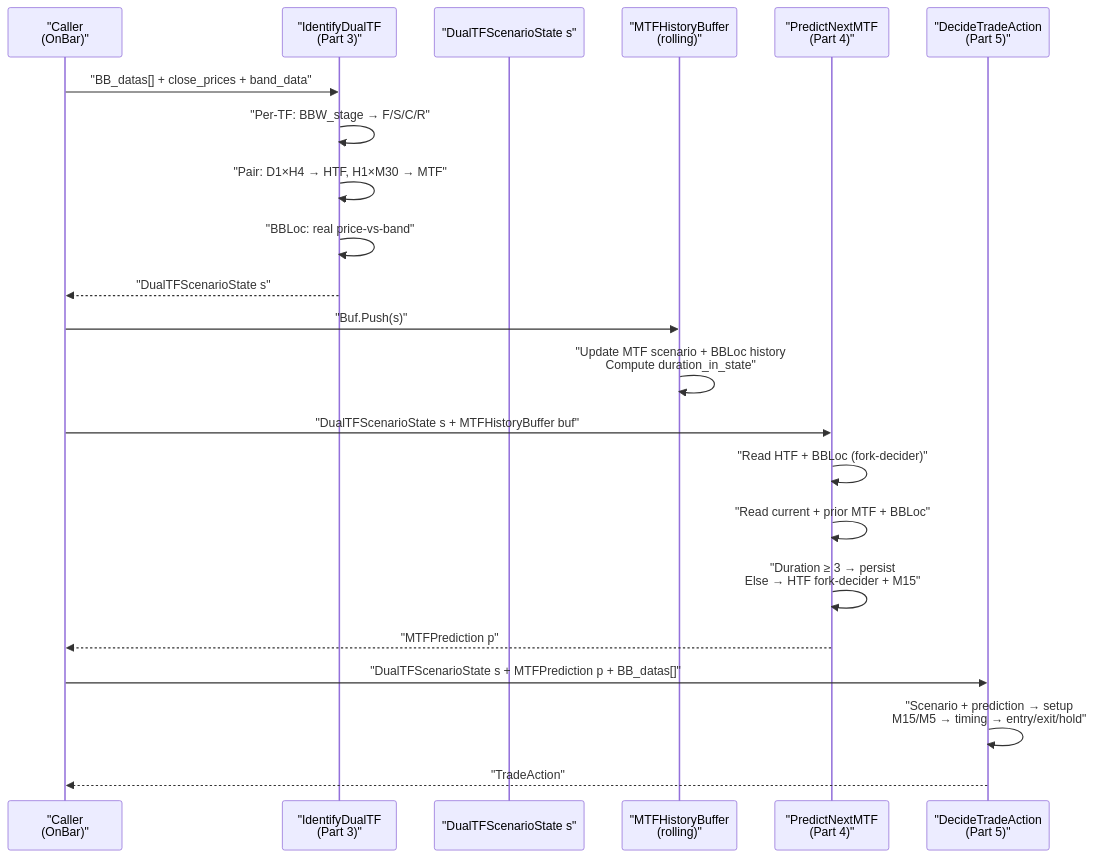
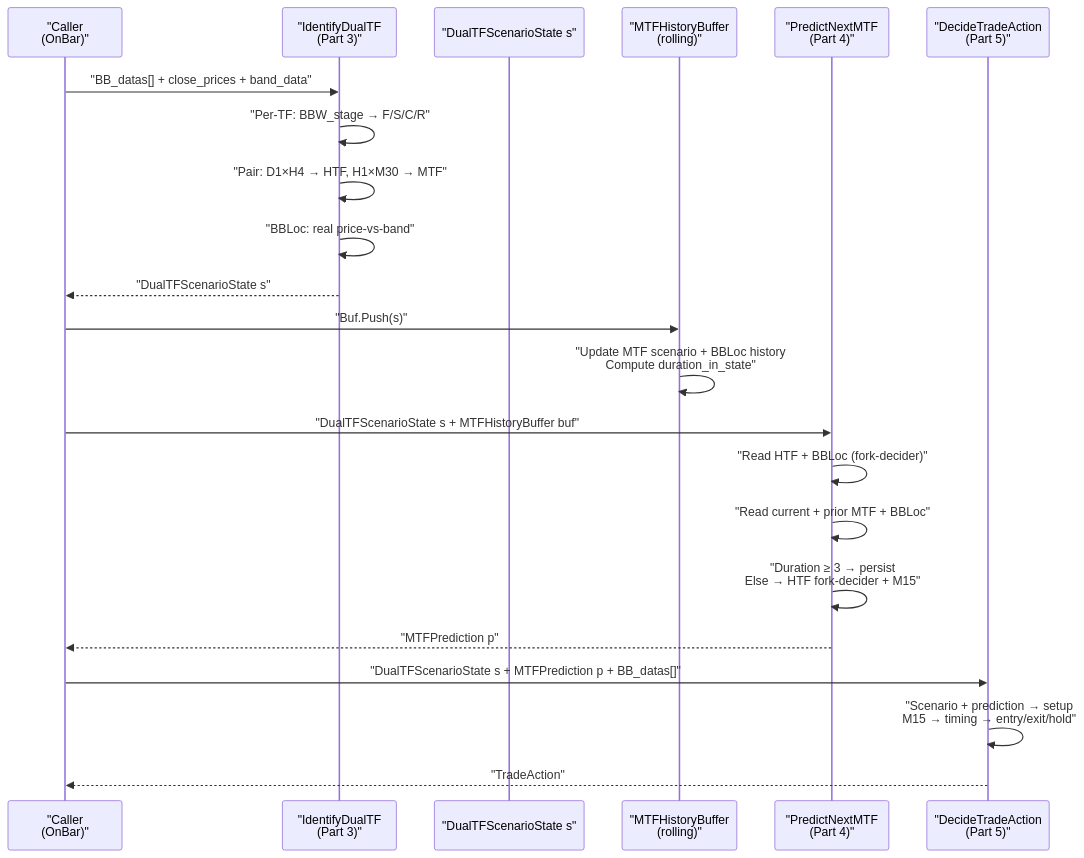
One commit to Terrypang89/BB_MTF_M15_STRATEGY changed the ninth of 13 diagrams in references/DUALTF_ARCHITECTURE.md. Above: the diagram before and after it, drawn with Mermaid. The commit also changed other lines of this file, not shown here.

First line of the commit message:
Apply 5 design refinements to DUALTF_ARCHITECTURE.md

````diff
--- a/references/DUALTF_ARCHITECTURE.md
+++ b/references/DUALTF_ARCHITECTURE.md
@@ -334,28 +392,28 @@
 ```mermaid
 sequenceDiagram
     participant Caller as "Caller<br/>(OnBar)"
     participant L1 as "IdentifyDualTF<br/>(Part 3)"
     participant SS as "DualTFScenarioState s"
     participant Buf as "MTFHistoryBuffer<br/>(rolling)"
     participant L2 as "PredictNextMTF<br/>(Part 4)"
     participant L3 as "DecideTradeAction<br/>(Part 5)"
 
     Caller->>L1: "BB_datas[] + close_prices + band_data"
     L1->>L1: "Per-TF: BBW_stage → F/S/C/R"
     L1->>L1: "Pair: D1×H4 → HTF, H1×M30 → MTF"
     L1->>L1: "BBLoc: real price-vs-band"
     L1-->>Caller: "DualTFScenarioState s"
 
     Caller->>Buf: "Buf.Push(s)"
     Buf->>Buf: "Update MTF scenario + BBLoc history<br/>Compute duration_in_state"
 
     Caller->>L2: "DualTFScenarioState s + MTFHistoryBuffer buf"
     L2->>L2: "Read HTF + BBLoc (fork-decider)"
     L2->>L2: "Read current + prior MTF + BBLoc"
     L2->>L2: "Duration ≥ 3 → persist<br/>Else → HTF fork-decider + M15"
     L2-->>Caller: "MTFPrediction p"
 
     Caller->>L3: "DualTFScenarioState s + MTFPrediction p + BB_datas[]"
-    L3->>L3: "Scenario + prediction → setup<br/>M15/M5 → timing → entry/exit/hold"
+    L3->>L3: "Scenario + prediction → setup<br/>M15 → timing → entry/exit/hold"
     L3-->>Caller: "TradeAction"
 ```
````
